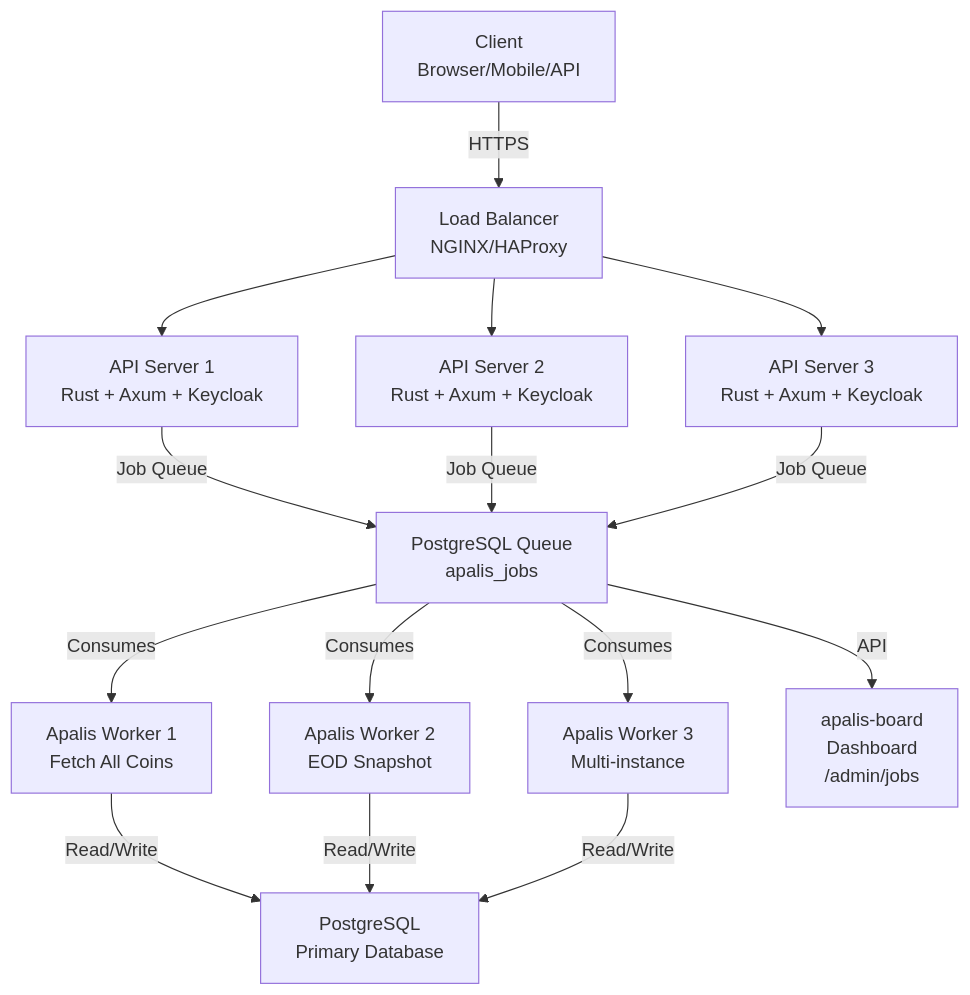
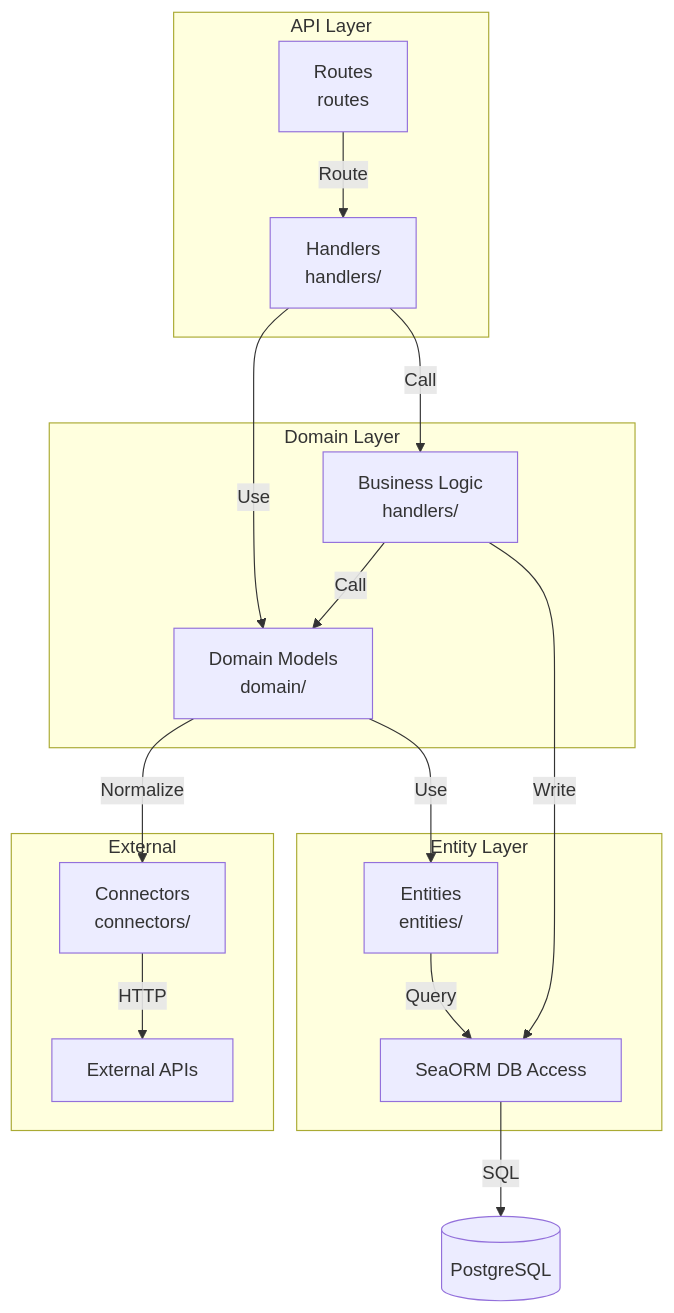
One commit to doitsu2014/crypto-pocket-butler changed the first of 9 diagrams in docs/architecture/backend.md. Above: the diagram before and after it, drawn with Mermaid. The commit also changed other lines of this file, not shown here.

First line of the commit message:
docs: Update API backend architecture with domain models

````diff
--- a/docs/architecture/backend.md
+++ b/docs/architecture/backend.md
@@ -5,21 +7,35 @@
 ```mermaid
-graph TD
-    A[Client<br/>Browser/Mobile/API] -->|HTTPS| B[Load Balancer<br/>NGINX/HAProxy]
-    B --> C[API Server 1<br/>Rust + Axum + Keycloak]
-    B --> D[API Server 2<br/>Rust + Axum + Keycloak]
-    B --> E[API Server 3<br/>Rust + Axum + Keycloak]
+graph TB
+    subgraph "API Layer"
+        H1[Handlers<br/>handlers/]
+        H2[Routes<br/>routes]
+    end
     
-    C -->|Job Queue| F[PostgreSQL Queue<br/>apalis_jobs]
-    D -->|Job Queue| F
-    E -->|Job Queue| F
+    subgraph "Domain Layer"
+        D1[Domain Models<br/>domain/]
+        D2[Business Logic<br/>handlers/]
+    end
     
-    F -->|Consumes| G[Apalis Worker 1<br/>Fetch All Coins]
-    F -->|Consumes| H[Apalis Worker 2<br/>EOD Snapshot]
-    F -->|Consumes| I[Apalis Worker 3<br/>Multi-instance]
+    subgraph "Entity Layer"
+        E1[Entities<br/>entities/]
+        E2[SeaORM DB Access]
+    end
     
-    G -->|Read/Write| J[PostgreSQL<br/>Primary Database]
-    H -->|Read/Write| J
-    I -->|Read/Write| J
+    subgraph "External"
+        E3[Connectors<br/>connectors/]
+        E4[External APIs]
+    end
     
-    F -->|API| K[apalis-board<br/>Dashboard<br/>/admin/jobs]
+    H1 -->|Use| D1
+    D1 -->|Use| E1
+    E1 -->|Query| E2
+    H1 -->|Call| D2
+    H2 -->|Route| H1
+    D2 -->|Call| D1
+    D2 -->|Write| E2
+    
+    E2 -->|SQL| PG[(PostgreSQL)]
+    
+    D1 -->|Normalize| E3
+    E3 -->|HTTP| E4
 ```
````
